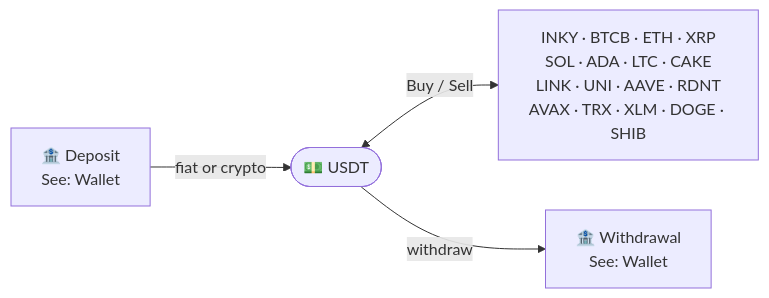
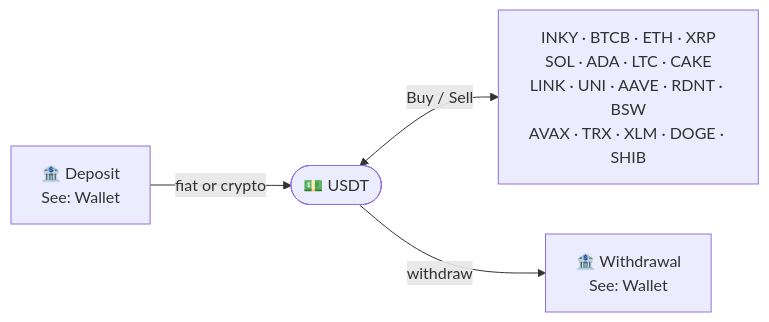
Before and after one commit to patrick-rayner/documentationai-Docs: the second of 2 diagrams in features/swap.mdx, drawn with Mermaid. The commit also changed other lines of this file and 5 other files, not shown here.

````diff
--- a/features/swap.mdx
+++ b/features/swap.mdx
@@ -122,6 +124,6 @@
 ```mermaid
 graph LR
     DEP["🏦 Deposit\nSee: Wallet"] -->|"fiat or crypto"| USDT(["💵 USDT"])
-    USDT <-->|"Buy / Sell"| ASSETS["INKY · BTCB · ETH · XRP\nSOL · ADA · LTC · CAKE\nLINK · UNI · AAVE · RDNT\nAVAX · TRX · XLM · DOGE · SHIB"]
+    USDT <-->|"Buy / Sell"| ASSETS["INKY · BTCB · ETH · XRP\nSOL · ADA · LTC · CAKE\nLINK · UNI · AAVE · RDNT · BSW\nAVAX · TRX · XLM · DOGE · SHIB"]
     USDT -->|"withdraw"| WIT["🏦 Withdrawal\nSee: Wallet"]
 ```
````
